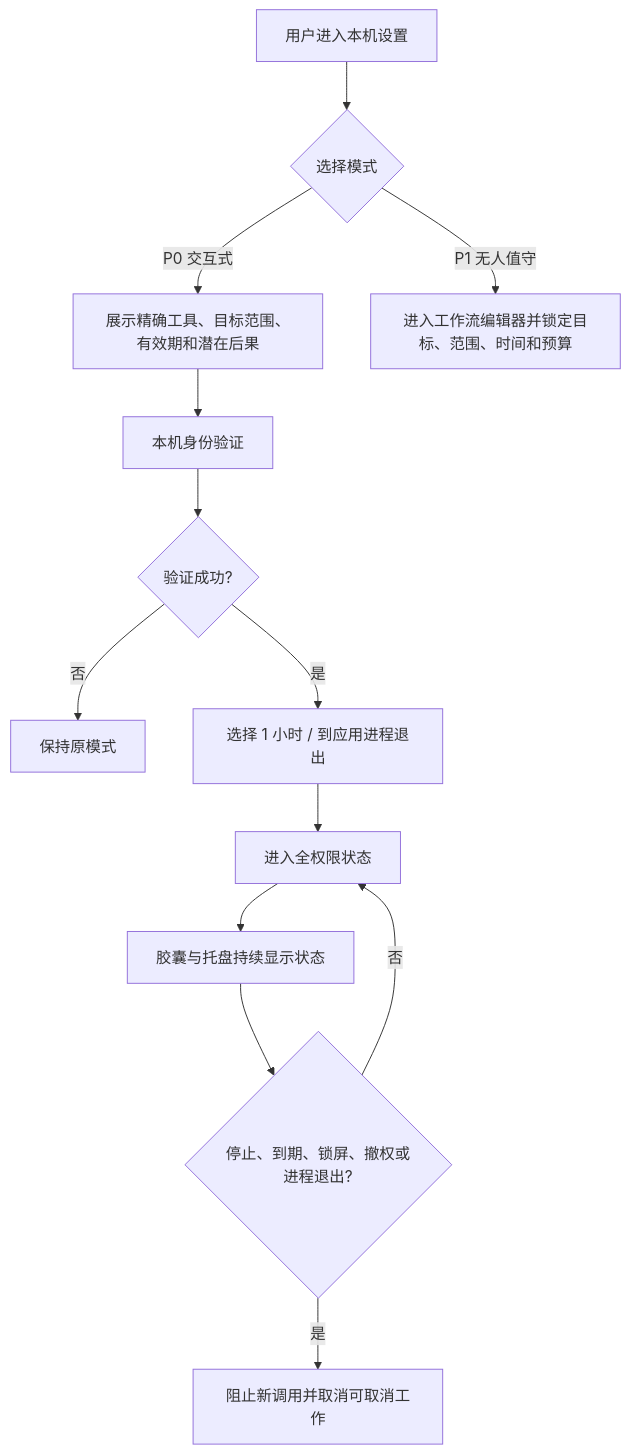
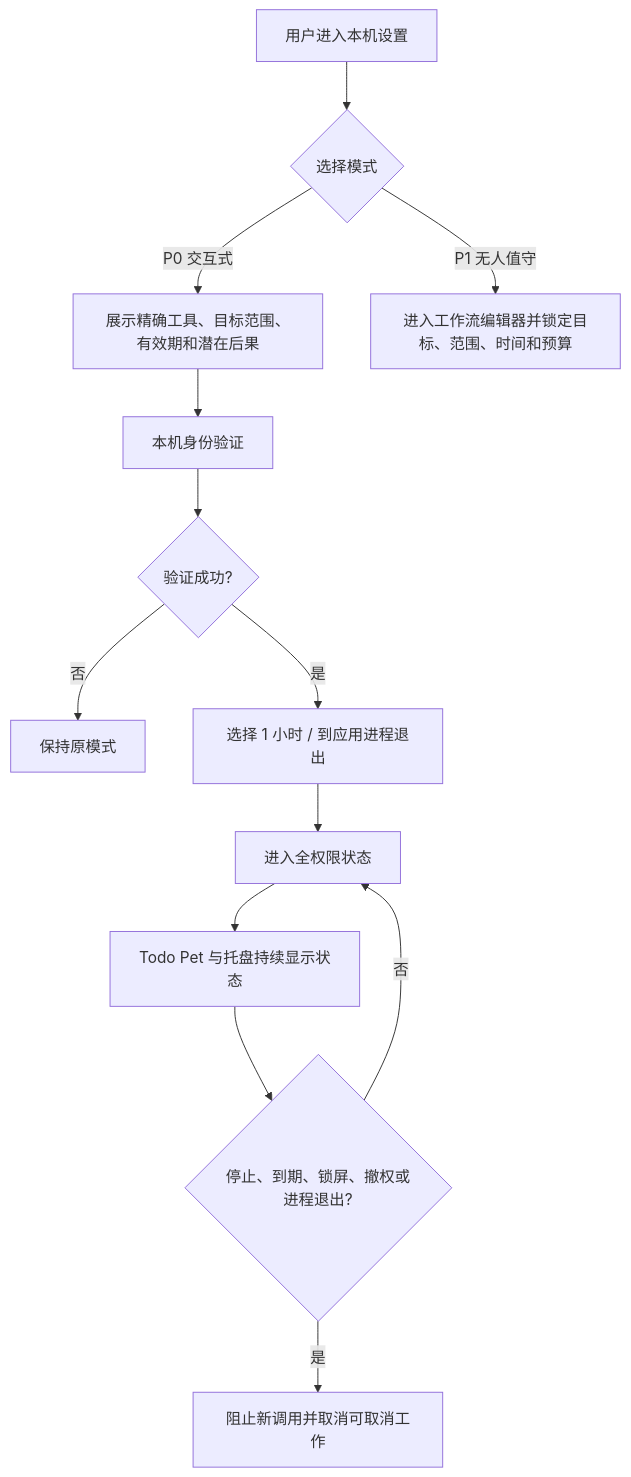
One commit to BrotherHappy/TodoAgent changed the ninth of 11 diagrams in docs/UX_INFORMATION_ARCHITECTURE.md. Above: the diagram before and after it, drawn with Mermaid. The commit also changed other lines of this file and 38 other files, not shown here.

First line of the commit message:
feat: make Todo Pet the native desktop experience

````diff
--- a/docs/UX_INFORMATION_ARCHITECTURE.md
+++ b/docs/UX_INFORMATION_ARCHITECTURE.md
@@ -285,15 +286,15 @@
 ```mermaid
 flowchart TD
     A[用户进入本机设置] --> B{选择模式}
     B -- P0 交互式 --> C[展示精确工具、目标范围、有效期和潜在后果]
     B -- P1 无人值守 --> P1[进入工作流编辑器并锁定目标、范围、时间和预算]
     C --> D[本机身份验证]
     D --> E{验证成功?}
     E -- 否 --> F[保持原模式]
     E -- 是 --> G[选择 1 小时 / 到应用进程退出]
     G --> H[进入全权限状态]
-    H --> I[胶囊与托盘持续显示状态]
+    H --> I[Todo Pet 与托盘持续显示状态]
     I --> J{停止、到期、锁屏、撤权或进程退出?}
     J -- 否 --> H
     J -- 是 --> K[阻止新调用并取消可取消工作]
 ```
````
